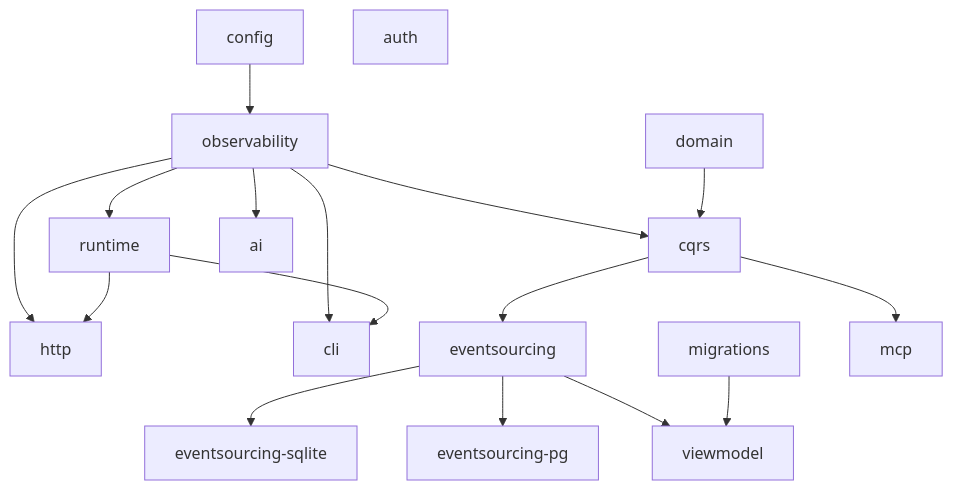
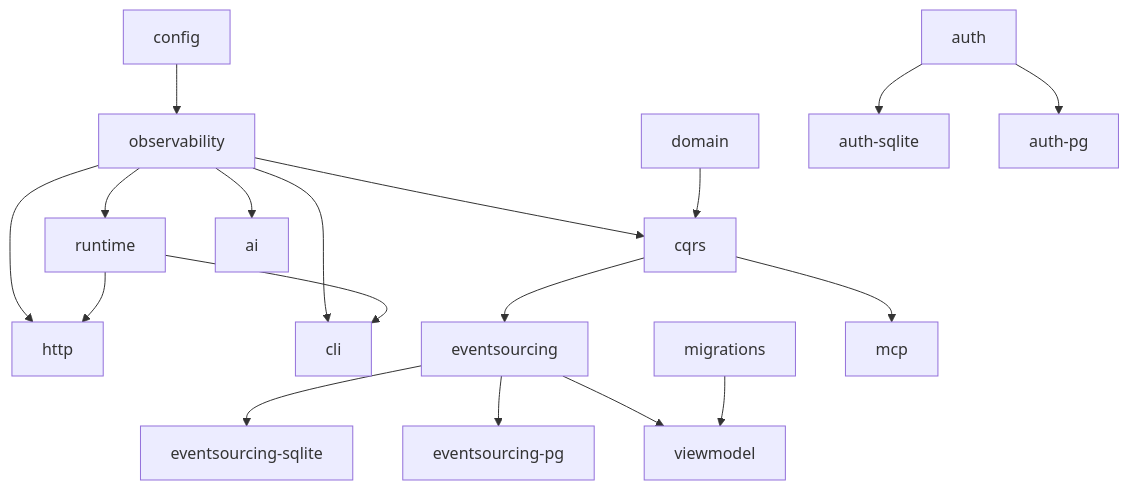
The second of 2 diagrams in docs/architecture.md (Ligerian-labs/structure), drawn with Mermaid before and after one commit. The commit also changed other lines of this file and 24 other files, not shown here.

````diff
--- a/docs/architecture.md
+++ b/docs/architecture.md
@@ -33,12 +33,12 @@
 ```mermaid
 flowchart TD
     config --> observability
     observability --> cqrs & runtime & http & cli & ai
     domain --> cqrs --> eventsourcing
     eventsourcing --> essqlite[eventsourcing-sqlite] & espg[eventsourcing-pg]
     eventsourcing --> viewmodel
     migrations --> viewmodel
     runtime --> http & cli
     cqrs --> mcp
-    auth
+    auth --> authsqlite[auth-sqlite] & authpg[auth-pg]
 ```
````
